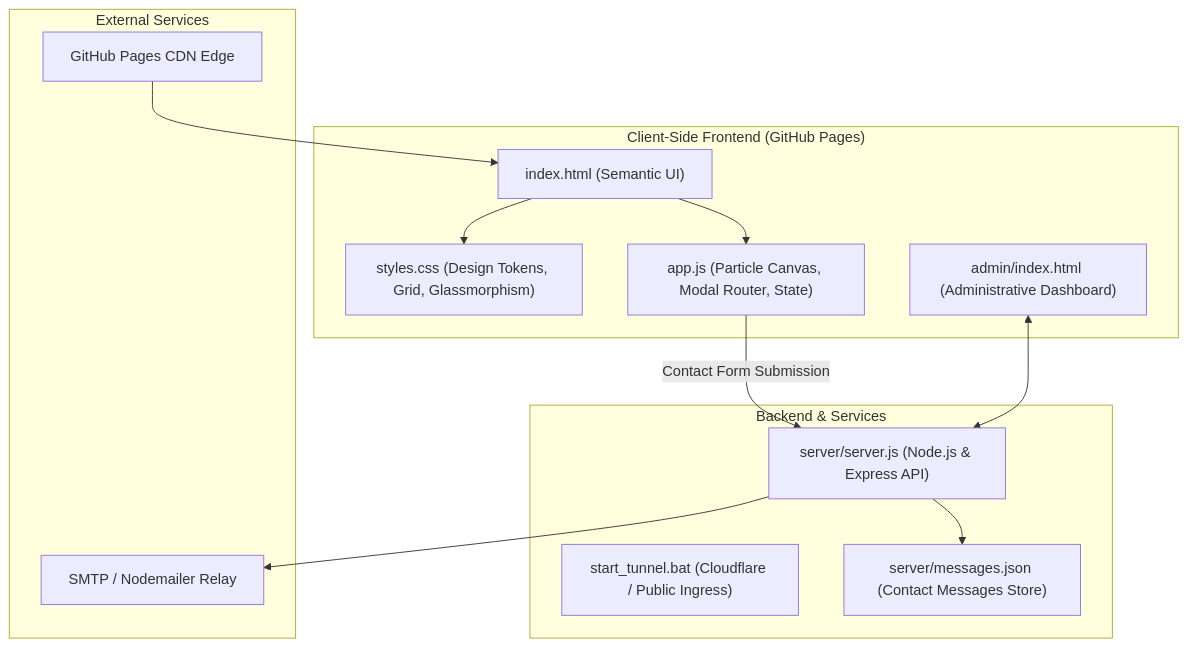
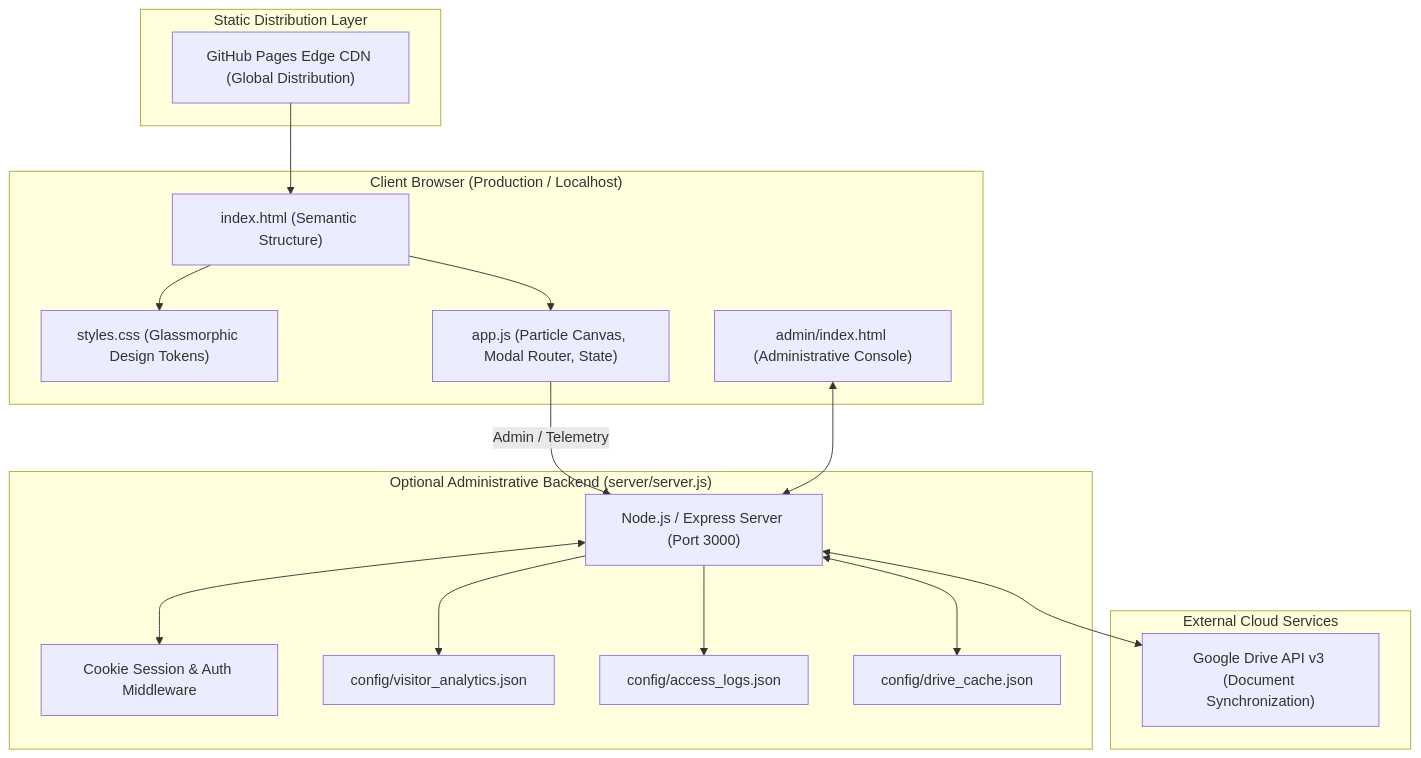
The first of 2 diagrams in README.md (Hitesh070/Hitesh070.github.io), drawn with Mermaid before and after one commit. The commit also changed other lines of this file, not shown here.

````diff
--- a/README.md
+++ b/README.md
@@ -36,28 +93,36 @@
 ```mermaid
 flowchart TD
-    subgraph Frontend ["Client-Side Frontend (GitHub Pages)"]
-        Index["index.html (Semantic UI)"]
-        Styles["styles.css (Design Tokens, Grid, Glassmorphism)"]
-        Engine["app.js (Particle Canvas, Modal Router, State)"]
-        AdminUI["admin/index.html (Administrative Dashboard)"]
+    subgraph Client ["Client Browser (Production / Localhost)"]
+        HTML["index.html (Semantic Structure)"]
+        CSS["styles.css (Glassmorphic Design Tokens)"]
+        AppJS["app.js (Particle Canvas, Modal Router, State)"]
+        AdminUI["admin/index.html (Administrative Console)"]
     end
 
-    subgraph BackendServices ["Backend & Services"]
-        NodeServer["server/server.js (Node.js & Express API)"]
-        Tunnel["start_tunnel.bat (Cloudflare / Public Ingress)"]
-        Storage["server/messages.json (Contact Messages Store)"]
+    subgraph CDN ["Static Distribution Layer"]
+        GHPages["GitHub Pages Edge CDN (Global Distribution)"]
     end
 
-    subgraph External ["External Services"]
-        Mailer["SMTP / Nodemailer Relay"]
-        GHPages["GitHub Pages CDN Edge"]
+    subgraph Backend ["Optional Administrative Backend (server/server.js)"]
+        Express["Node.js / Express Server (Port 3000)"]
+        AuthMid["Cookie Session & Auth Middleware"]
+        AnalyticsStore["config/visitor_analytics.json"]
+        LogStore["config/access_logs.json"]
+        DriveCache["config/drive_cache.json"]
     end
 
-    GHPages --> Index
-    Index --> Styles
-    Index --> Engine
-    Engine -- "Contact Form Submission" --> NodeServer
-    AdminUI <--> NodeServer
-    NodeServer --> Storage
-    NodeServer --> Mailer
+    subgraph External ["External Cloud Services"]
+        GoogleDrive["Google Drive API v3 (Document Synchronization)"]
+    end
+
+    GHPages --> HTML
+    HTML --> CSS
+    HTML --> AppJS
+    AppJS -- "Admin / Telemetry" --> Express
+    AdminUI <--> Express
+    Express <--> AuthMid
+    Express --> AnalyticsStore
+    Express --> LogStore
+    Express <--> DriveCache
+    Express <--> GoogleDrive
 ```
````
